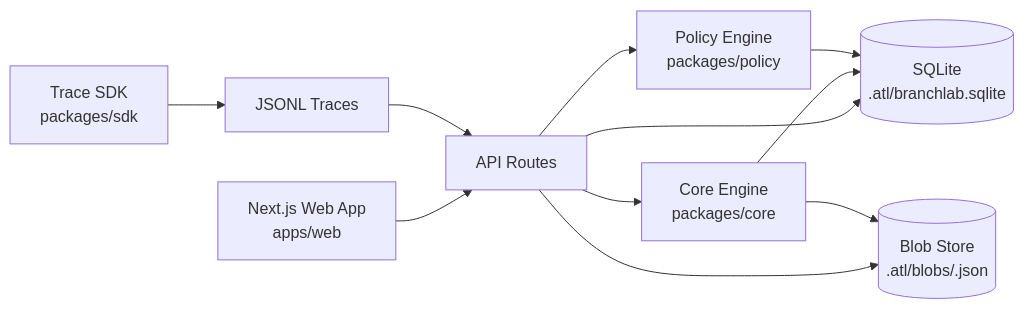
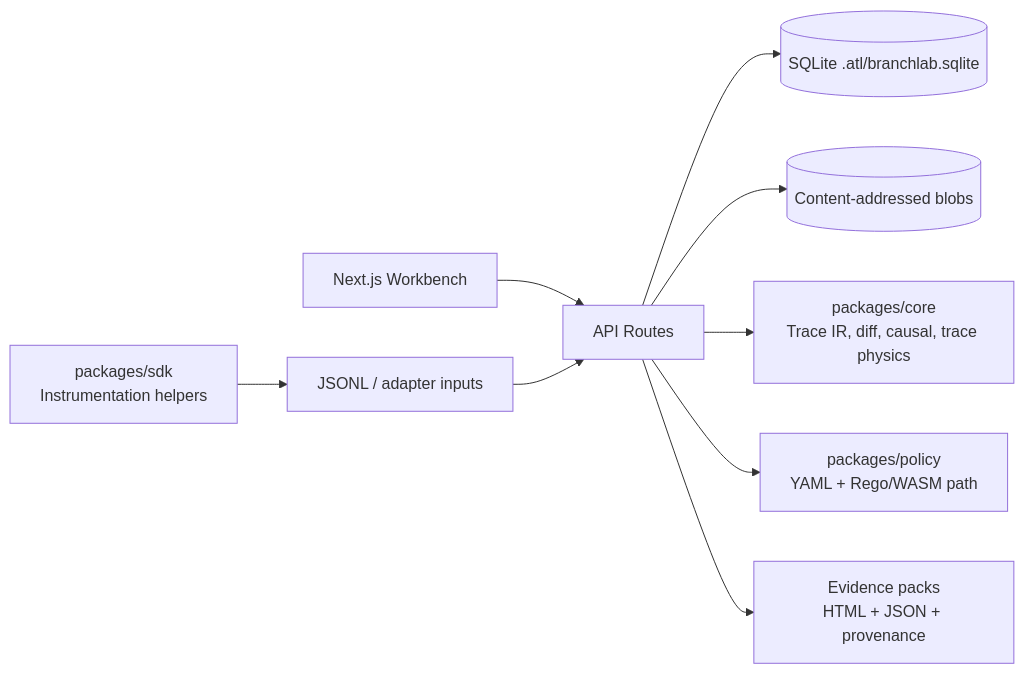
One commit to jlov7/branchlab changed the diagram in README.md. Above: the diagram before and after it, drawn with Mermaid. The commit also changed other lines of this file and 123 other files, not shown here.

````diff
--- a/README.md
+++ b/README.md
@@ -62,13 +92,11 @@
 ```mermaid
 flowchart LR
-    UI["Next.js Web App\napps/web"] --> API["API Routes"]
-    API --> CORE["Core Engine\npackages/core"]
-    API --> POLICY["Policy Engine\npackages/policy"]
-    API --> DB[("SQLite\n.atl/branchlab.sqlite")]
-    API --> BLOBS[("Blob Store\n.atl/blobs/<sha256>.json")]
-    CORE --> DB
-    CORE --> BLOBS
-    POLICY --> DB
-    SDK["Trace SDK\npackages/sdk"] --> INTAKE["JSONL Traces"]
-    INTAKE --> API
+  UI["Next.js Workbench"] --> API["API Routes"]
+  API --> DB[("SQLite .atl/branchlab.sqlite")]
+  API --> BLOBS[("Content-addressed blobs")]
+  API --> CORE["packages/core\nTrace IR, diff, causal, trace physics"]
+  API --> POLICY["packages/policy\nYAML + Rego/WASM path"]
+  SDK["packages/sdk\nInstrumentation helpers"] --> TRACES["JSONL / adapter inputs"]
+  TRACES --> API
+  API --> EXPORTS["Evidence packs\nHTML + JSON + provenance"]
 ```
````
